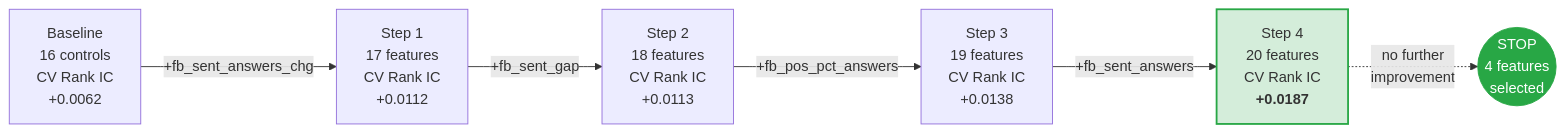
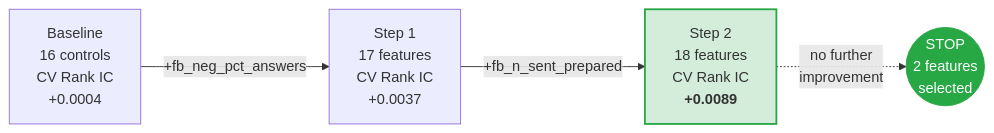
Before and after one commit to lflsphere/linguistic-alpha: the fourth of 4 diagrams in README.md, drawn with Mermaid. The commit also changed other lines of this file and 16 other files, not shown here.

````diff
--- a/README.md
+++ b/README.md
@@ -693,11 +690,9 @@
 ```mermaid
 flowchart LR
-    S0["Baseline\n16 controls\nCV Rank IC\n+0.0062"] -->|"+fb_sent_answers_chg"| S1["Step 1\n17 features\nCV Rank IC\n+0.0112"]
-    S1 -->|"+fb_sent_gap"| S2["Step 2\n18 features\nCV Rank IC\n+0.0113"]
-    S2 -->|"+fb_pos_pct_answers"| S3["Step 3\n19 features\nCV Rank IC\n+0.0138"]
-    S3 -->|"+fb_sent_answers"| S4["Step 4\n20 features\nCV Rank IC\n<b>+0.0187</b>"]
-    S4 -.->|"no further\nimprovement"| STOP(("STOP\n4 features\nselected"))
+    S0["Baseline\n16 controls\nCV Rank IC\n+0.0004"] -->|"+fb_neg_pct_answers"| S1["Step 1\n17 features\nCV Rank IC\n+0.0037"]
+    S1 -->|"+fb_n_sent_prepared"| S2["Step 2\n18 features\nCV Rank IC\n<b>+0.0089</b>"]
+    S2 -.->|"no further\nimprovement"| STOP(("STOP\n2 features\nselected"))
 
-    style S4 fill:#d4edda,stroke:#28a745,stroke-width:2px
+    style S2 fill:#d4edda,stroke:#28a745,stroke-width:2px
     style STOP fill:#28a745,color:#fff,stroke:#28a745
 ```
````
